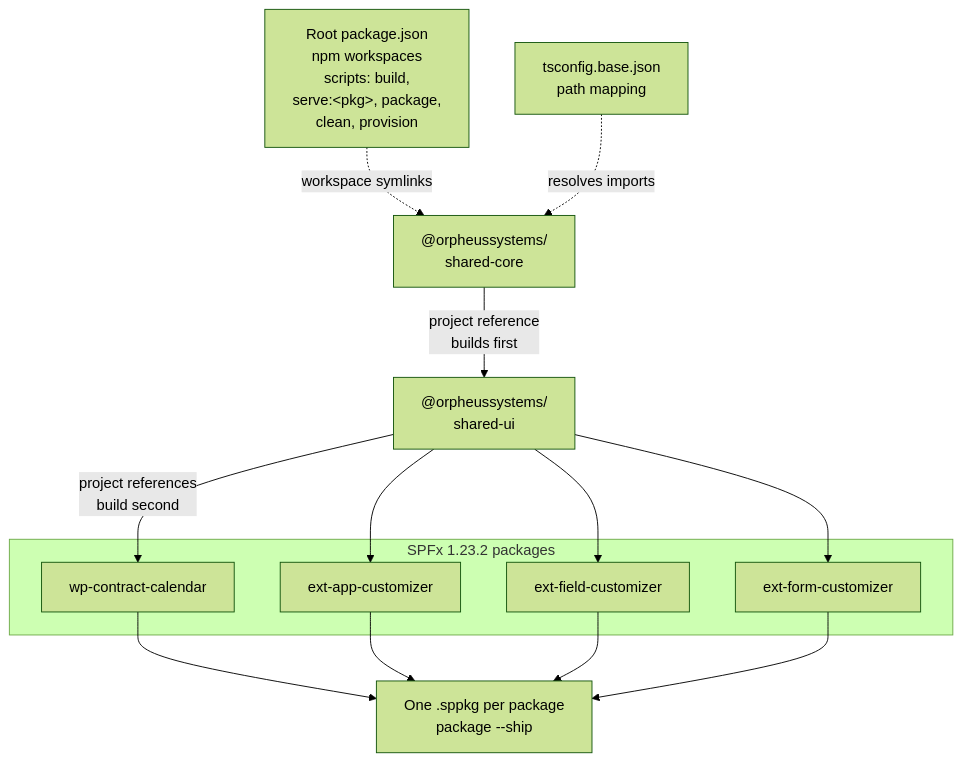
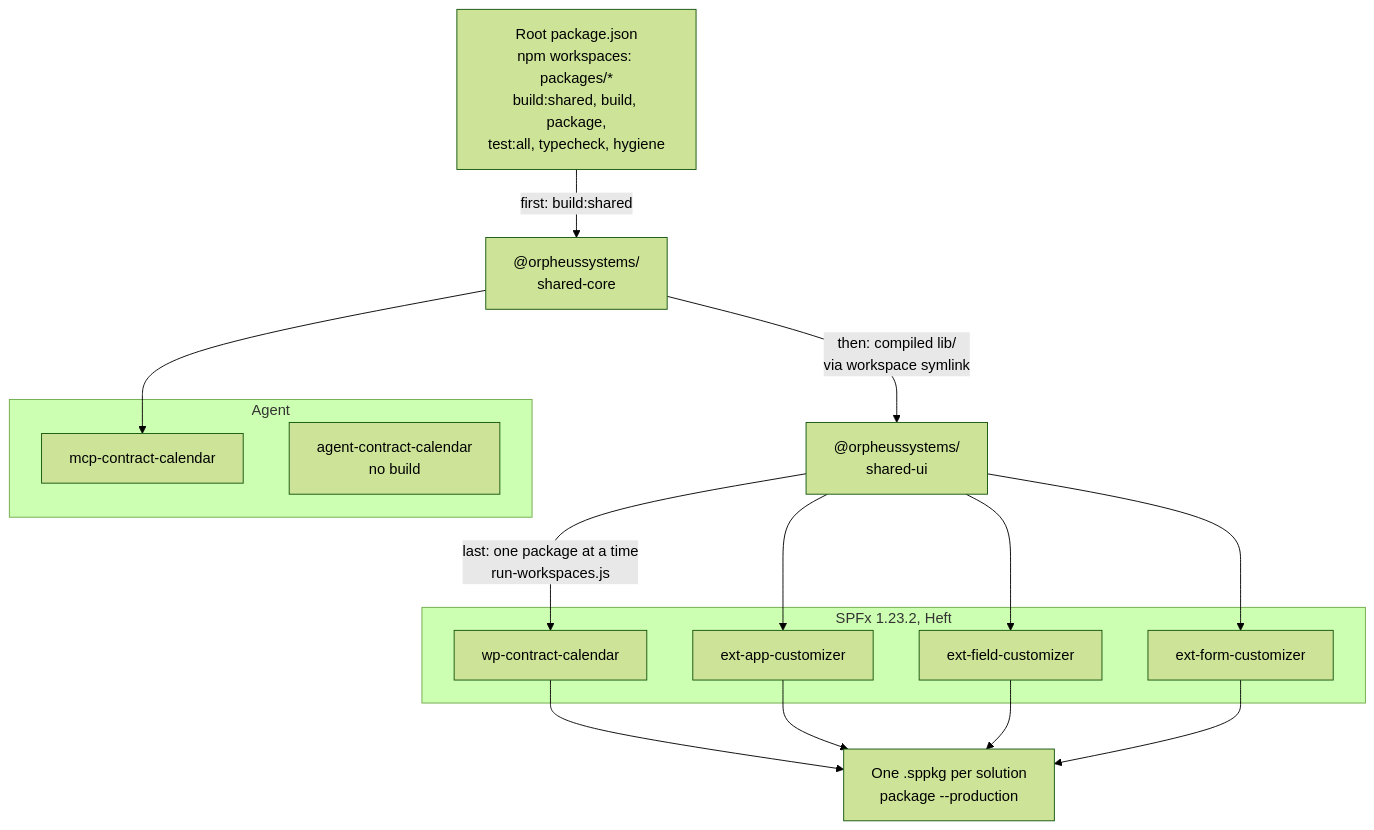
One commit to Sartor87/orpheus-systems-sharepoint changed the diagram in architecture/adr/0001-spfx-1-23-2-npm-workspaces-monorepo.md. Above: the diagram before and after it, drawn with Mermaid (forest theme). The commit also changed other lines of this file and 9 other files, not shown here.

````diff
--- a/architecture/adr/0001-spfx-1-23-2-npm-workspaces-monorepo.md
+++ b/architecture/adr/0001-spfx-1-23-2-npm-workspaces-monorepo.md
@@ -38,22 +44,25 @@
 ```mermaid
 flowchart TB
-  ROOT["Root package.json<br/>npm workspaces<br/>scripts: build,<br/>serve:#lt;pkg#gt;, package,<br/>clean, provision"]
-  TSB["tsconfig.base.json<br/>path mapping"]
+  ROOT["Root package.json<br/>npm workspaces: packages/*<br/>build:shared, build, package,<br/>test:all, typecheck, hygiene"]
   CORE["@orpheussystems/<br/>shared-core"]
   SUI["@orpheussystems/<br/>shared-ui"]
-  subgraph SPFX["SPFx 1.23.2 packages"]
+  subgraph SPFX["SPFx 1.23.2, Heft"]
     WP["wp-contract-calendar"]
     APP["ext-app-customizer"]
     FLD["ext-field-customizer"]
     FRM["ext-form-customizer"]
   end
-  SPPKG["One .sppkg per package<br/>package --ship"]
-  ROOT -.->|"workspace symlinks"| CORE
-  TSB -.->|"resolves imports"| CORE
-  CORE -->|"project reference<br/>builds first"| SUI
-  SUI -->|"project references<br/>build second"| WP
+  subgraph AGT["Agent"]
+    MCP["mcp-contract-calendar"]
+    DA["agent-contract-calendar<br/>no build"]
+  end
+  SPPKG["One .sppkg per solution<br/>package --production"]
+  ROOT -->|"first: build:shared"| CORE
+  CORE -->|"then: compiled lib/<br/>via workspace symlink"| SUI
+  SUI -->|"last: one package at a time<br/>run-workspaces.js"| WP
   SUI --> APP
   SUI --> FLD
   SUI --> FRM
+  CORE --> MCP
   WP & APP & FLD & FRM --> SPPKG
 ```
````
